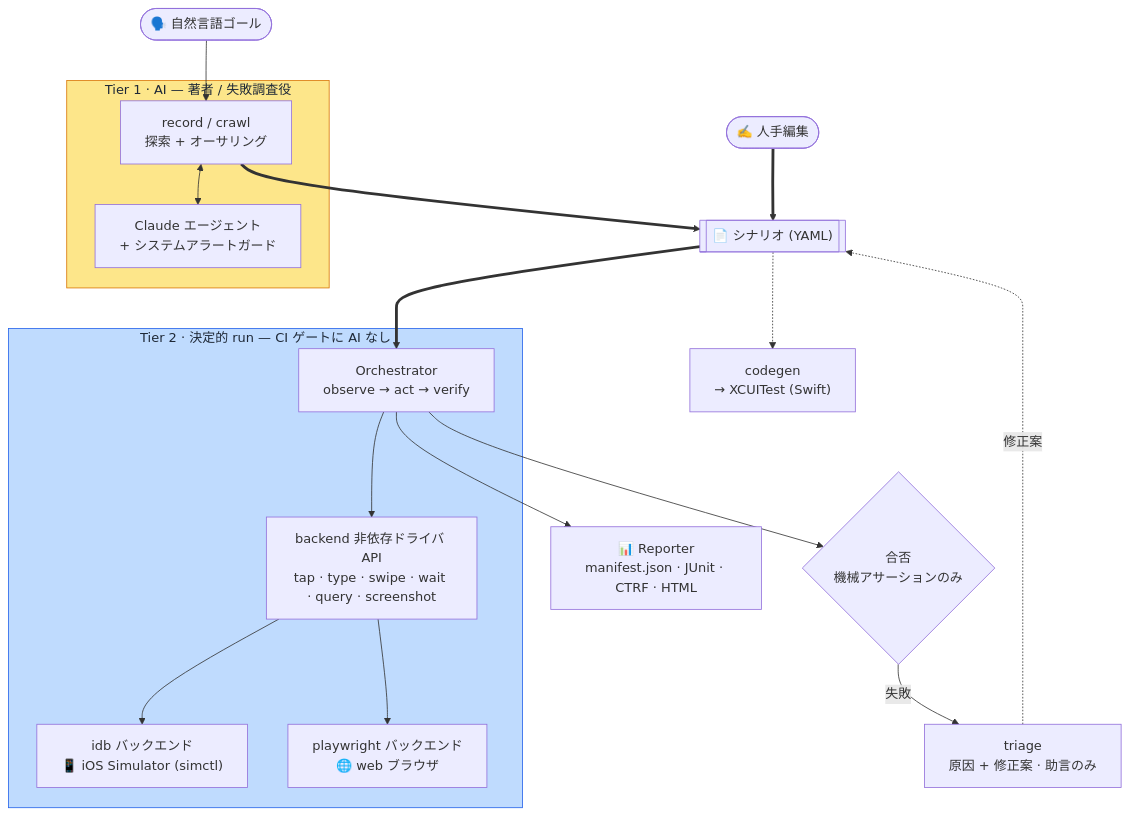
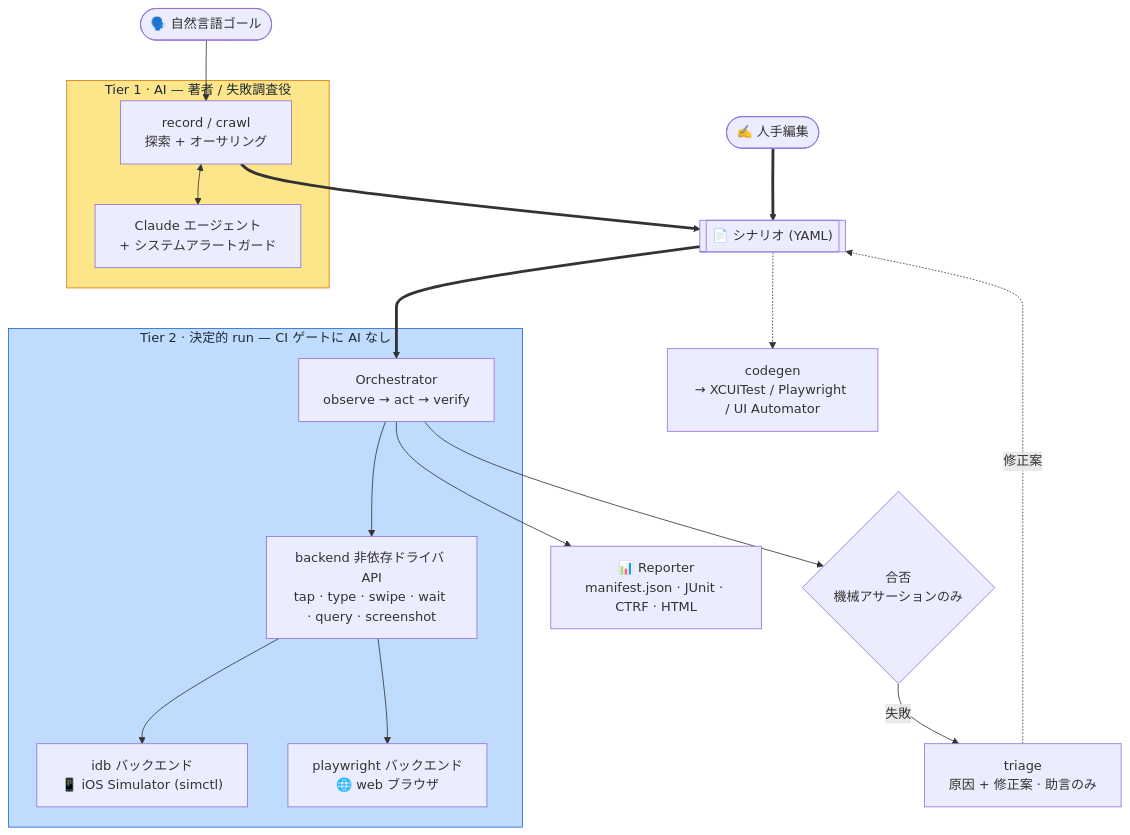
One commit to bajutsu-e2e/bajutsu changed the diagram in docs/ja/architecture.md. Above: the diagram before and after it, drawn with Mermaid. The commit also changed other lines of this file and 1 other file, not shown here.

````diff
--- a/docs/ja/architecture.md
+++ b/docs/ja/architecture.md
@@ -18,42 +18,42 @@
 ```mermaid
 flowchart TB
     goal(["🗣️ 自然言語ゴール"])
     hand(["✍️ 人手編集"])
     scenario[["📄 シナリオ (YAML)"]]
 
     subgraph tier1["Tier 1 · AI — 著者 / 失敗調査役"]
         record["record / crawl<br/>探索 + オーサリング"]
         agent["Claude エージェント<br/>+ システムアラートガード"]
         record <--> agent
     end
 
     subgraph tier2["Tier 2 · 決定的 run — CI ゲートに AI なし"]
         orch["Orchestrator<br/>observe → act → verify"]
         driver["backend 非依存ドライバ API<br/>tap · type · swipe · wait · query · screenshot"]
         idb["idb バックエンド<br/>📱 iOS Simulator (simctl)"]
         pw["playwright バックエンド<br/>🌐 web ブラウザ"]
         orch --> driver
         driver --> idb
         driver --> pw
     end
 
     verdict{"合否<br/>機械アサーションのみ"}
     report["📊 Reporter<br/>manifest.json · JUnit · CTRF · HTML"]
-    codegen["codegen<br/>→ XCUITest (Swift)"]
+    codegen["codegen<br/>→ XCUITest / Playwright / UI Automator"]
     triage["triage<br/>原因 + 修正案 · 助言のみ"]
 
     goal --> record
     record ==> scenario
     hand ==> scenario
     scenario ==> orch
     scenario -.-> codegen
     orch --> verdict
     orch --> report
     verdict -->|失敗| triage
     triage -.->|修正案| scenario
 
     classDef ai fill:#fde68a,stroke:#d97706,color:#1f2937;
     classDef det fill:#bfdbfe,stroke:#2563eb,color:#1f2937;
     class tier1 ai
     class tier2 det
 ```
````
